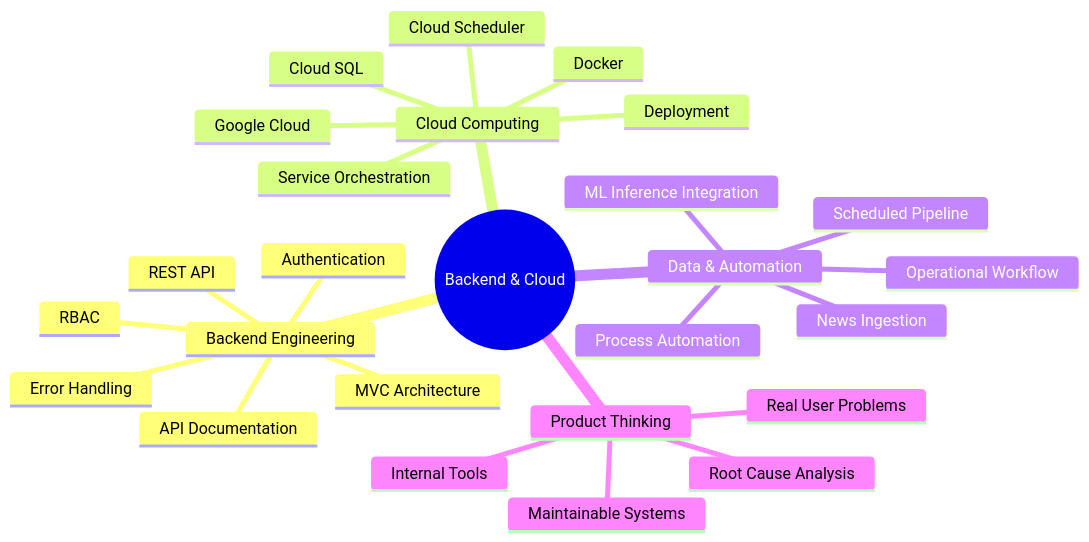
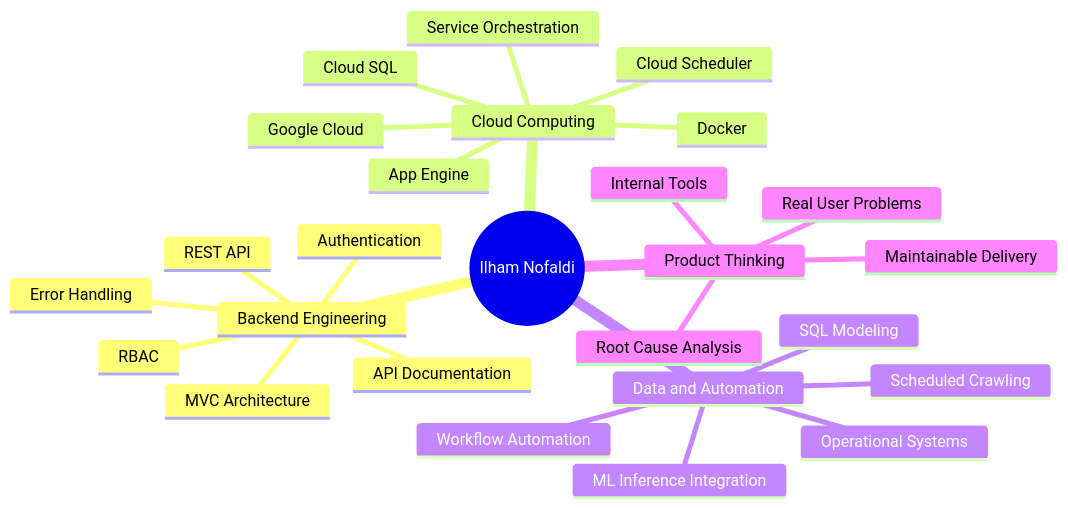
One commit to Ilhamnofaldi/Ilhamnofaldi changed the first of 6 diagrams in README.md. Above: the diagram before and after it, drawn with Mermaid. The commit also changed other lines of this file, not shown here.

````diff
--- a/README.md
+++ b/README.md
@@ -49,29 +61,29 @@
 ```mermaid
 mindmap
-  root((Backend & Cloud))
+  root((Ilham Nofaldi))
     Backend Engineering
       REST API
       Authentication
       RBAC
       MVC Architecture
       Error Handling
       API Documentation
     Cloud Computing
       Google Cloud
-      Docker
+      App Engine
       Cloud SQL
       Cloud Scheduler
-      Deployment
+      Docker
       Service Orchestration
-    Data & Automation
-      Scheduled Pipeline
-      News Ingestion
+    Data and Automation
+      Scheduled Crawling
+      SQL Modeling
       ML Inference Integration
-      Process Automation
-      Operational Workflow
+      Workflow Automation
+      Operational Systems
     Product Thinking
       Root Cause Analysis
       Internal Tools
       Real User Problems
-      Maintainable Systems
+      Maintainable Delivery
 ```
````
